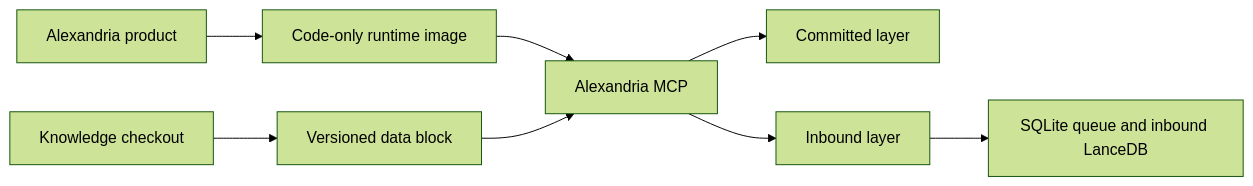
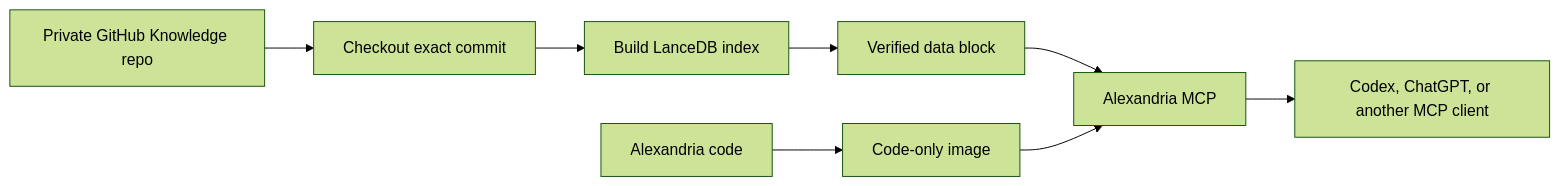
Before and after one commit to piyushsatti/alexandria: the diagram in README.md, drawn with Mermaid (forest theme). The commit also changed other lines of this file and 131 other files, not shown here.

Commit message:
feat: initialize Alexandria product repository

````diff
--- a/README.md
+++ b/README.md
@@ -10,10 +10,10 @@
 ```mermaid
 flowchart LR
-    K[Knowledge checkout] --> B[Versioned data block]
-    A[Alexandria product] --> I[Code-only runtime image]
-    I --> M[Alexandria MCP]
-    B --> M
-    M --> C[Committed layer]
-    M --> U[Inbound layer]
-    U --> Q[SQLite queue and inbound LanceDB]
+    G[Private GitHub Knowledge repo] --> C[Checkout exact commit]
+    C --> I[Build LanceDB index]
+    I --> B[Verified data block]
+    A[Alexandria code] --> D[Code-only image]
+    B --> M[Alexandria MCP]
+    D --> M
+    M --> U[Codex, ChatGPT, or another MCP client]
 ```
````
